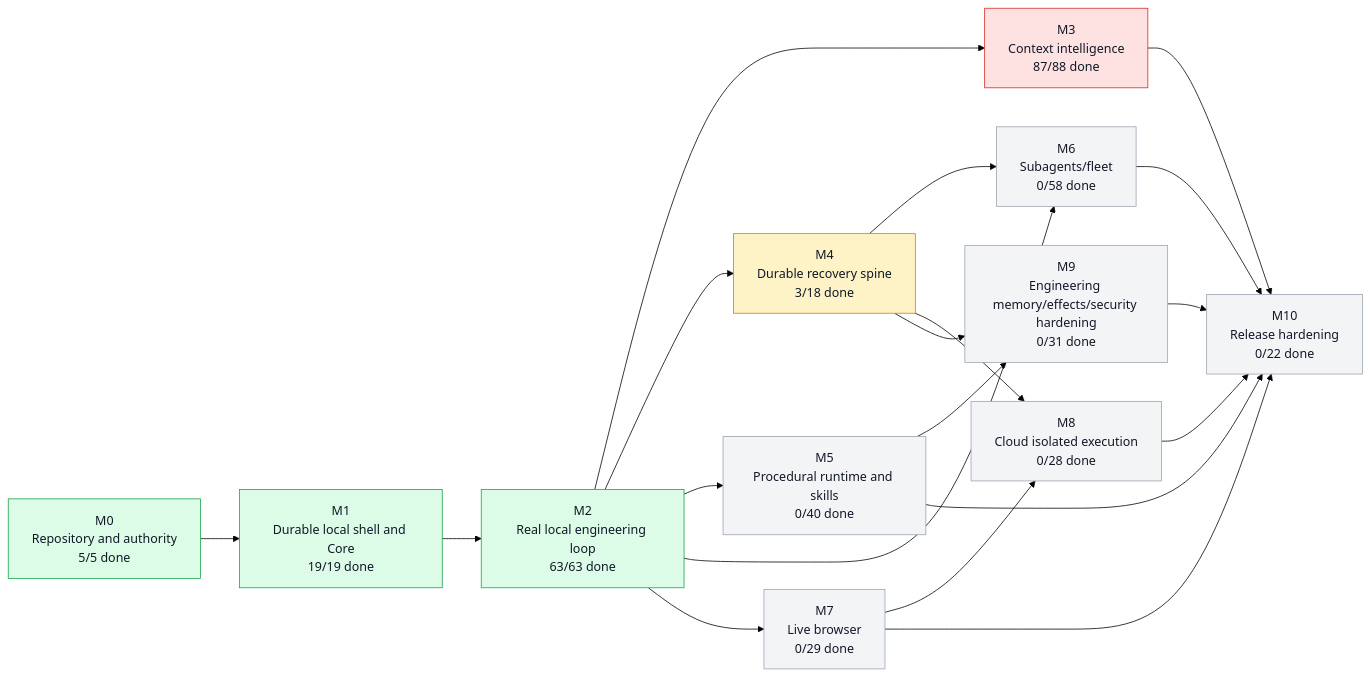
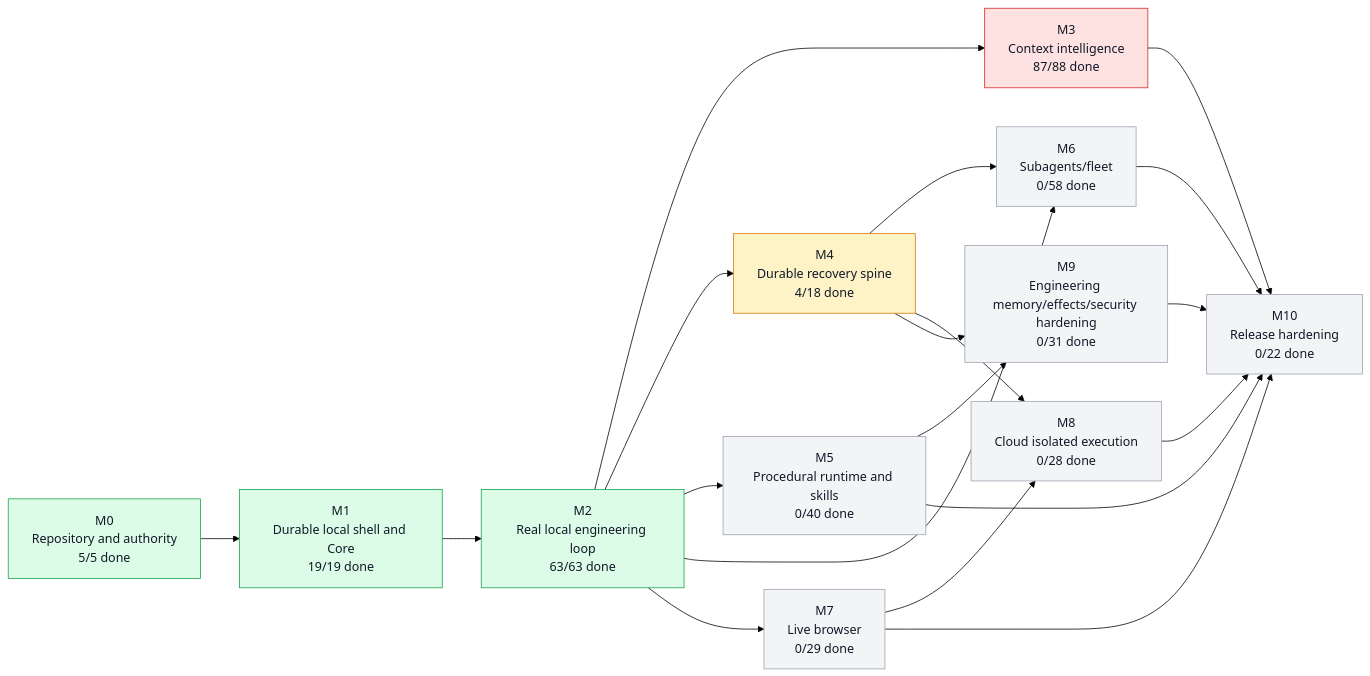
One commit to moss101/modbit changed the first of 5 diagrams in graph/PROJECT_GRAPH.md. Above: the diagram before and after it, drawn with Mermaid (forest theme). The commit also changed other lines of this file and 37 other files, not shown here.

````diff
--- a/graph/PROJECT_GRAPH.md
+++ b/graph/PROJECT_GRAPH.md
@@ -57,43 +57,43 @@
 ```mermaid
 flowchart LR
   M0["M0<br/>Repository and authority<br/>5/5 done"]
   M1["M1<br/>Durable local shell and Core<br/>19/19 done"]
   M2["M2<br/>Real local engineering loop<br/>63/63 done"]
   M3["M3<br/>Context intelligence<br/>87/88 done"]
-  M4["M4<br/>Durable recovery spine<br/>3/18 done"]
+  M4["M4<br/>Durable recovery spine<br/>4/18 done"]
   M5["M5<br/>Procedural runtime and skills<br/>0/40 done"]
   M6["M6<br/>Subagents/fleet<br/>0/58 done"]
   M7["M7<br/>Live browser<br/>0/29 done"]
   M8["M8<br/>Cloud isolated execution<br/>0/28 done"]
   M9["M9<br/>Engineering memory/effects/security hardening<br/>0/31 done"]
   M10["M10<br/>Release hardening<br/>0/22 done"]
   M0 --> M1
   M1 --> M2
   M2 --> M3
   M2 --> M4
   M2 --> M5
   M2 --> M6
   M4 --> M6
   M2 --> M7
   M4 --> M8
   M7 --> M8
   M4 --> M9
   M5 --> M9
   M3 --> M10
   M5 --> M10
   M6 --> M10
   M7 --> M10
   M8 --> M10
   M9 --> M10
   style M0 fill:#dcfce7,stroke:#16a34a,color:#111827
   style M1 fill:#dcfce7,stroke:#16a34a,color:#111827
   style M2 fill:#dcfce7,stroke:#16a34a,color:#111827
   style M3 fill:#fee2e2,stroke:#dc2626,color:#111827
   style M4 fill:#fef3c7,stroke:#d97706,color:#111827
   style M5 fill:#f3f4f6,stroke:#9ca3af,color:#111827
   style M6 fill:#f3f4f6,stroke:#9ca3af,color:#111827
   style M7 fill:#f3f4f6,stroke:#9ca3af,color:#111827
   style M8 fill:#f3f4f6,stroke:#9ca3af,color:#111827
   style M9 fill:#f3f4f6,stroke:#9ca3af,color:#111827
   style M10 fill:#f3f4f6,stroke:#9ca3af,color:#111827
 ```
````
